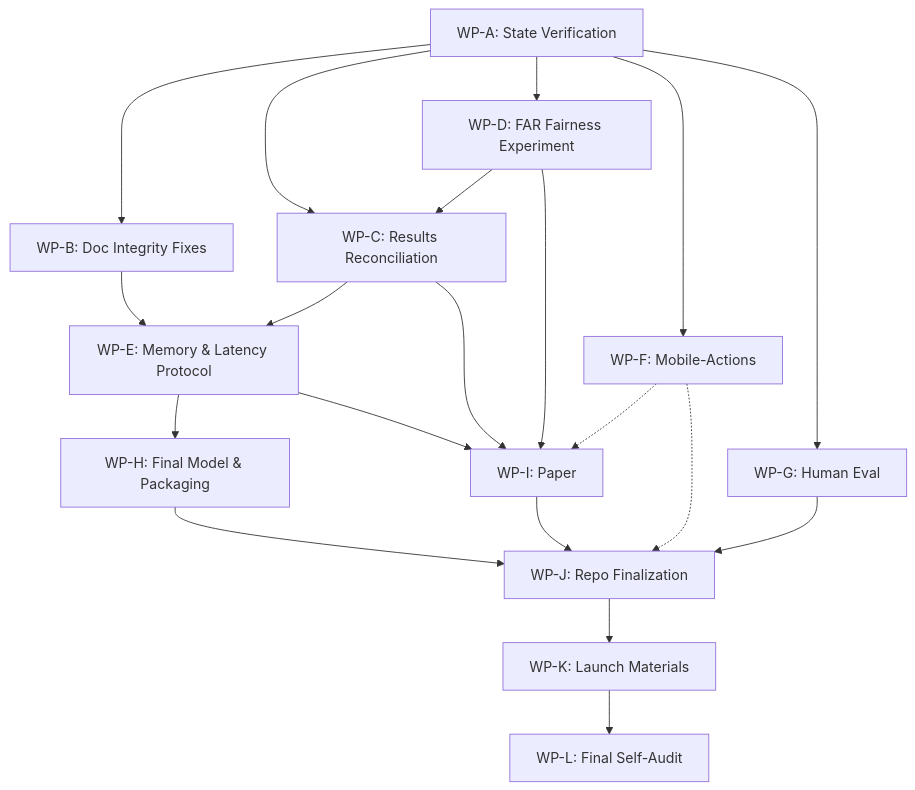
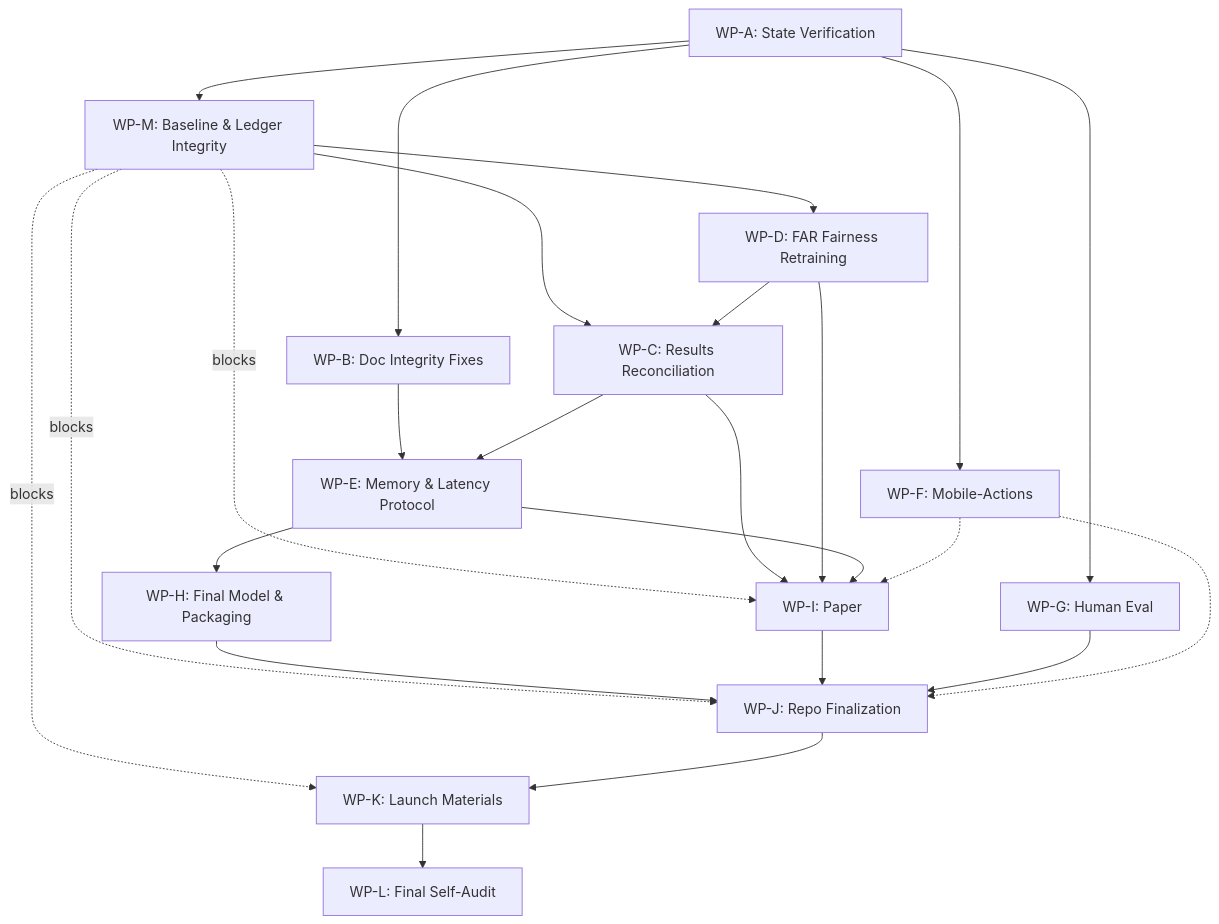
Before and after one commit to Anishp-cell/AETHER_v1.0: the diagram in ARN/docs/plan/IMPLEMENTATION_PLAN.md, drawn with Mermaid. The commit also changed other lines of this file and 5 other files, not shown here.

Commit message:
docs: amend plan with baseline integrity audit, authoritative sources, and routing risk

````diff
--- a/ARN/docs/plan/IMPLEMENTATION_PLAN.md
+++ b/ARN/docs/plan/IMPLEMENTATION_PLAN.md
@@ -34,22 +34,26 @@
 ```mermaid
 graph TD
-    A[WP-A: State Verification] --> B[WP-B: Doc Integrity Fixes]
-    A --> C[WP-C: Results Reconciliation]
-    A --> D[WP-D: FAR Fairness Experiment]
+    A[WP-A: State Verification] --> M[WP-M: Baseline & Ledger Integrity]
+    A --> B[WP-B: Doc Integrity Fixes]
+    M --> C[WP-C: Results Reconciliation]
+    M --> D[WP-D: FAR Fairness Retraining]
     B --> E[WP-E: Memory & Latency Protocol]
     C --> E
     D --> C
     E --> H[WP-H: Final Model & Packaging]
-    C --> I[WP-I: Paper]
+    M -.->|blocks| I[WP-I: Paper]
+    M -.->|blocks| J[WP-J: Repo Finalization]
+    M -.->|blocks| K[WP-K: Launch Materials]
+    C --> I
+    D --> I
     E --> I
-    D --> I
     A --> F[WP-F: Mobile-Actions]
     A --> G[WP-G: Human Eval]
-    H --> J[WP-J: Repo Finalization]
+    H --> J
     I --> J
     G --> J
-    J --> K[WP-K: Launch Materials]
+    J --> K
     K --> L[WP-L: Final Self-Audit]
     F -.-> I
     F -.-> J
 ```
````
